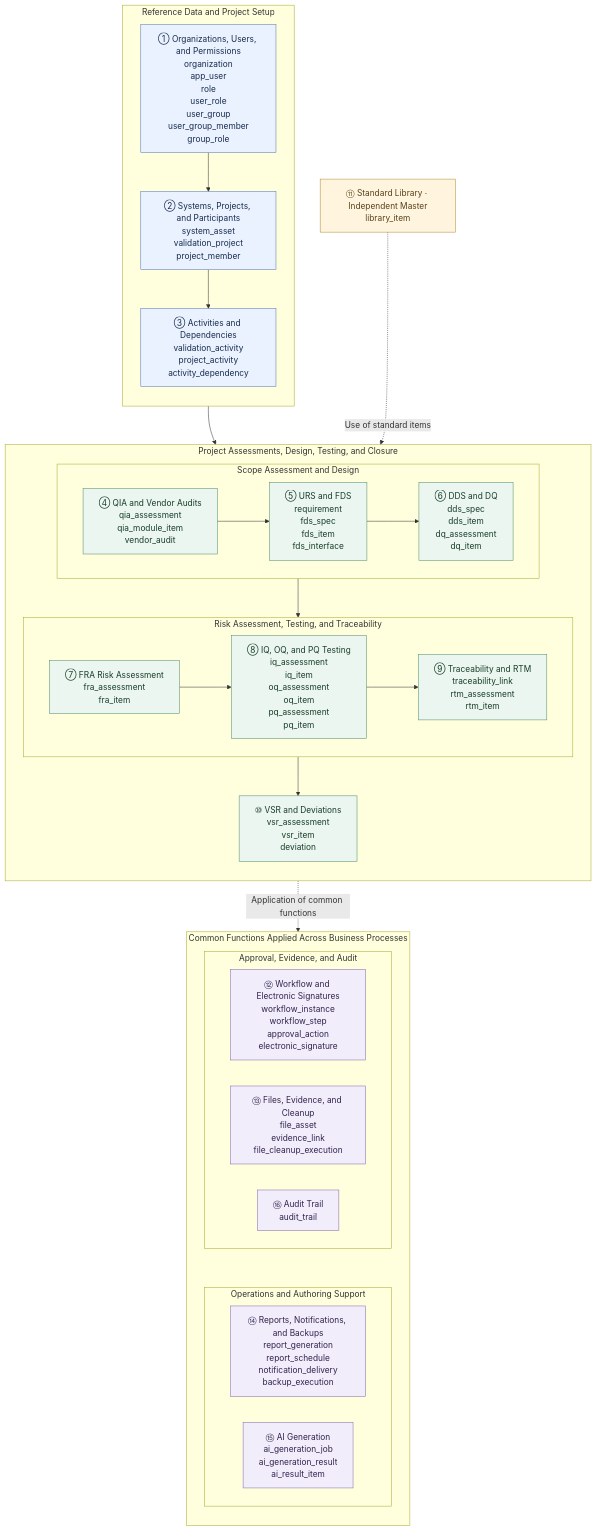
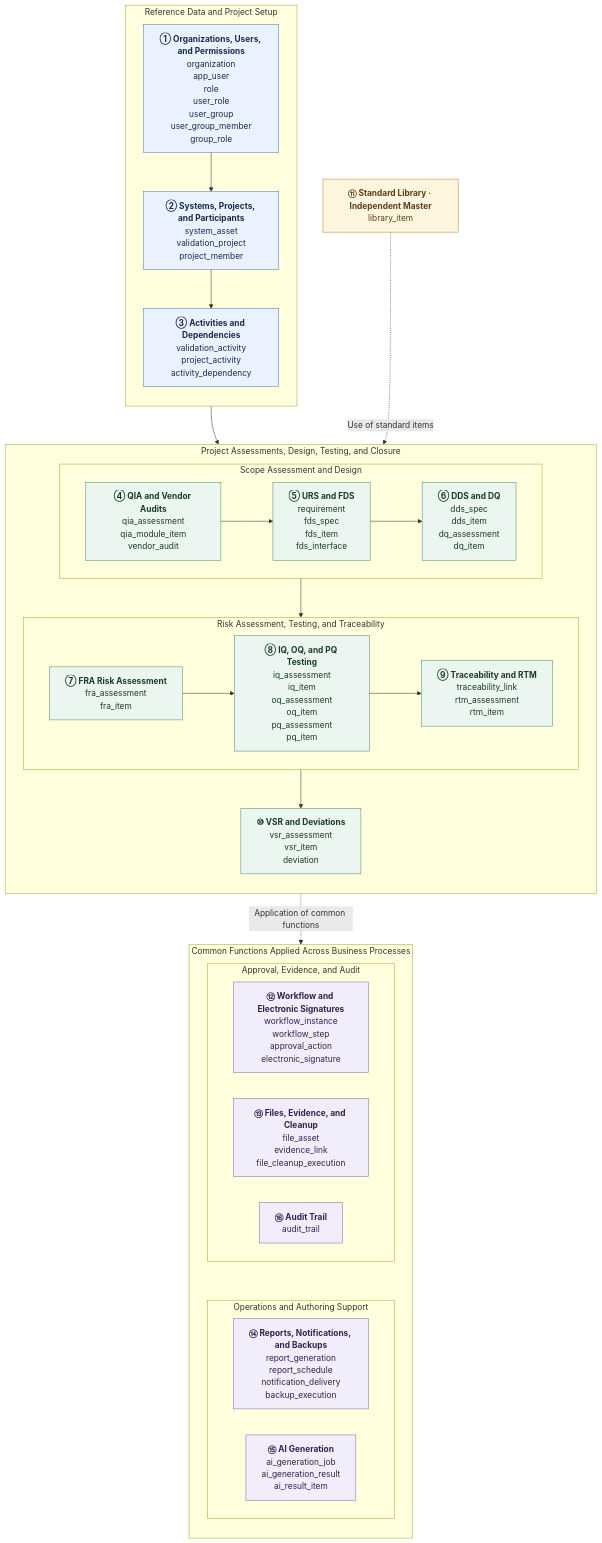
The diagram in docs/erd-overview.md (kmh52826-collab/Enterprise-Knowledge-Base-Design), drawn with Mermaid before and after one commit.

```diff
--- a/docs/erd-overview.md
+++ b/docs/erd-overview.md
@@ -10,22 +10,22 @@
 flowchart TB
     subgraph BASE["Reference Data and Project Setup"]
         direction TB
-        SECURITY["① Organizations, Users, and Permissions
+        SECURITY["`**① Organizations, Users, and Permissions**
 organization
 app_user
 role
 user_role
 user_group
 user_group_member
-group_role"]
-        PROJECT["② Systems, Projects, and Participants
+group_role`"]
+        PROJECT["`**② Systems, Projects, and Participants**
 system_asset
 validation_project
-project_member"]
-        ACTIVITY["③ Activities and Dependencies
+project_member`"]
+        ACTIVITY["`**③ Activities and Dependencies**
 validation_activity
 project_activity
-activity_dependency"]
+activity_dependency`"]
         SECURITY --> PROJECT --> ACTIVITY
     end
 
@@ -33,77 +33,77 @@
         direction TB
         subgraph DESIGN["Scope Assessment and Design"]
             direction LR
-            QIA["④ QIA and Vendor Audits
+            QIA["`**④ QIA and Vendor Audits**
 qia_assessment
 qia_module_item
-vendor_audit"]
-            URSFDS["⑤ URS and FDS
+vendor_audit`"]
+            URSFDS["`**⑤ URS and FDS**
 requirement
 fds_spec
 fds_item
-fds_interface"]
-            DDSDQ["⑥ DDS and DQ
+fds_interface`"]
+            DDSDQ["`**⑥ DDS and DQ**
 dds_spec
 dds_item
 dq_assessment
-dq_item"]
+dq_item`"]
             QIA --> URSFDS --> DDSDQ
         end
         subgraph VERIFICATION["Risk Assessment, Testing, and Traceability"]
             direction LR
-            FRA["⑦ FRA Risk Assessment
+            FRA["`**⑦ FRA Risk Assessment**
 fra_assessment
-fra_item"]
-            TEST["⑧ IQ, OQ, and PQ Testing
+fra_item`"]
+            TEST["`**⑧ IQ, OQ, and PQ Testing**
 iq_assessment
 iq_item
 oq_assessment
 oq_item
 pq_assessment
-pq_item"]
-            TRACE["⑨ Traceability and RTM
+pq_item`"]
+            TRACE["`**⑨ Traceability and RTM**
 traceability_link
 rtm_assessment
-rtm_item"]
+rtm_item`"]
             FRA --> TEST --> TRACE
         end
-        CLOSE["⑩ VSR and Deviations
+        CLOSE["`**⑩ VSR and Deviations**
 vsr_assessment
 vsr_item
-deviation"]
+deviation`"]
         DESIGN --> VERIFICATION --> CLOSE
     end
 
-    LIBRARY["⑪ Standard Library · Independent Master
-library_item"]
+    LIBRARY["`**⑪ Standard Library · Independent Master**
+library_item`"]
 
     subgraph COMMON["Common Functions Applied Across Business Processes"]
         direction TB
         subgraph CONTROL["Approval, Evidence, and Audit"]
             direction LR
-            WORKFLOW["⑫ Workflow and Electronic Signatures
+            WORKFLOW["`**⑫ Workflow and Electronic Signatures**
 workflow_instance
 workflow_step
 approval_action
-electronic_signature"]
-            FILES["⑬ Files, Evidence, and Cleanup
+electronic_signature`"]
+            FILES["`**⑬ Files, Evidence, and Cleanup**
 file_asset
 evidence_link
-file_cleanup_execution"]
-            AUDIT["⑯ Audit Trail
-audit_trail"]
+file_cleanup_execution`"]
+            AUDIT["`**⑯ Audit Trail**
+audit_trail`"]
         end
         subgraph SUPPORT["Operations and Authoring Support"]
             direction LR
-            OPS["⑭ Reports, Notifications, and Backups
+            OPS["`**⑭ Reports, Notifications, and Backups**
 report_generation
 report_schedule
 notification_delivery
-backup_execution"]
-            AI["⑮ AI Generation
+backup_execution`"]
+            AI["`**⑮ AI Generation**
 ai_generation_job
 ai_generation_result
-ai_result_item"]
+ai_result_item`"]
         end
         CONTROL ~~~ SUPPORT
     end
```
